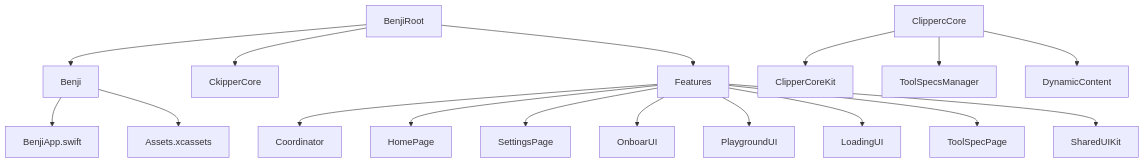
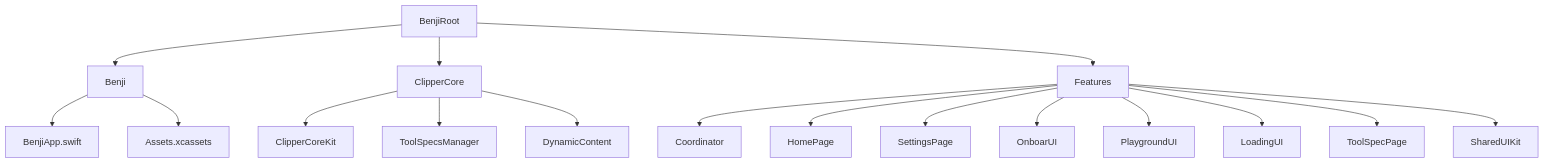
The diagram in README.md (mrugama/BenjiAI), drawn with Mermaid before and after one commit.

Commit message:
Fix typos in README.md diagram by correcting references from 'ClippercCore' to 'ClipperCore'

````diff
--- a/README.md
+++ b/README.md
@@ -16,19 +16,19 @@
 ```mermaid
 graph TD;
     BenjiRoot-->Benji;
     Benji-->BenjiApp.swift;
     Benji-->Assets.xcassets;
-    BenjiRoot-->CkipperCore;
-    ClippercCore-->ClipperCoreKit;
-    ClippercCore-->ToolSpecsManager;
-    ClippercCore-->DynamicContent;
+    BenjiRoot-->ClipperCore;
+    ClipperCore-->ClipperCoreKit;
+    ClipperCore-->ToolSpecsManager;
+    ClipperCore-->DynamicContent;
     BenjiRoot-->Features;
     Features-->Coordinator;
     Features-->HomePage;
     Features-->SettingsPage;
     Features-->OnboarUI;
     Features-->PlaygroundUI;
     Features-->LoadingUI;
     Features-->ToolSpecPage;
     Features-->SharedUIKit;
 ```
````
